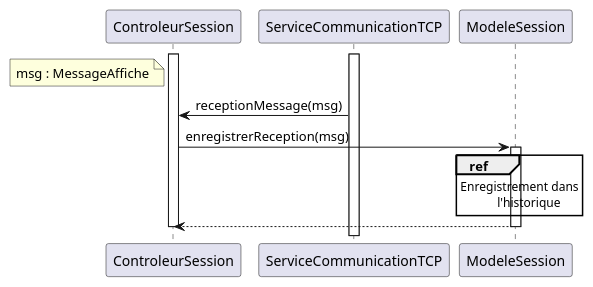
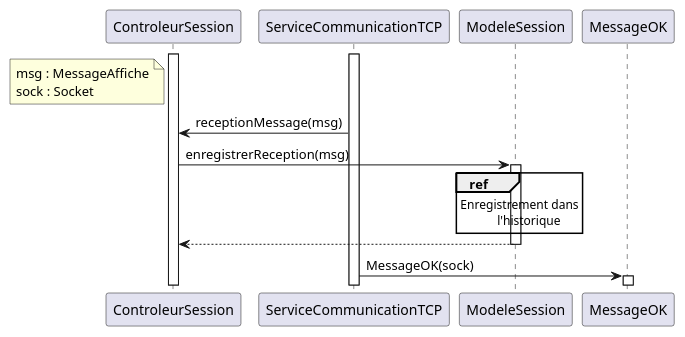
One commit to arc-hugo/clavardage_uml changed the diagram in sequence/reception_message.wsd. Above: the diagram before and after it, drawn with PlantUML. The commit also changed 19 other files, not shown here.

Commit message:
version finale des diagrammes

```diff
--- a/sequence/reception_message.wsd
+++ b/sequence/reception_message.wsd
@@ -1,17 +1,19 @@
 @startuml reception_message
 activate ControleurSession
 note left of ControleurSession
 msg : MessageAffiche
+sock : Socket
 end note
 activate ServiceCommunicationTCP
 ServiceCommunicationTCP -> ControleurSession : receptionMessage(msg)
 ControleurSession -> ModeleSession : enregistrerReception(msg)
 activate ModeleSession
 ref over ModeleSession
     Enregistrement dans
           l'historique
 end ref
 ModeleSession --> ControleurSession
 deactivate ModeleSession
-deactivate ControleurSession
+ServiceCommunicationTCP -> MessageOK : MessageOK(sock)
+activate MessageOK
 @enduml
```
